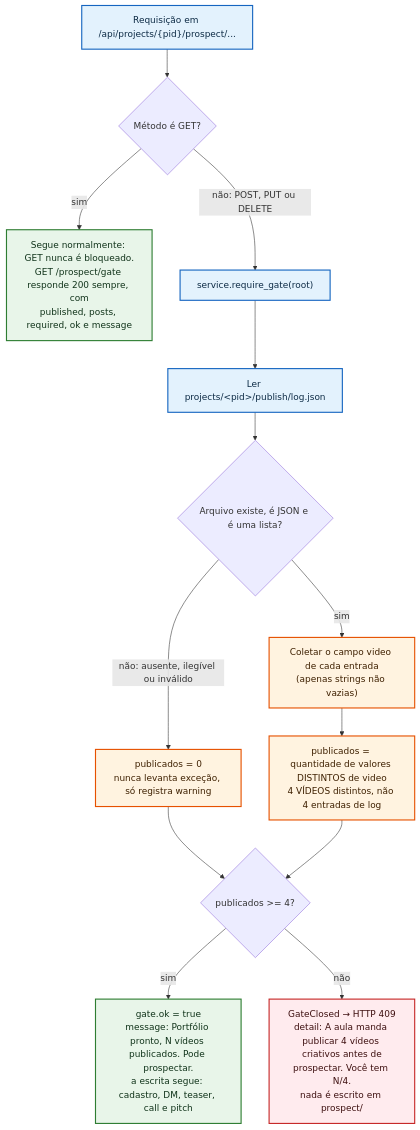
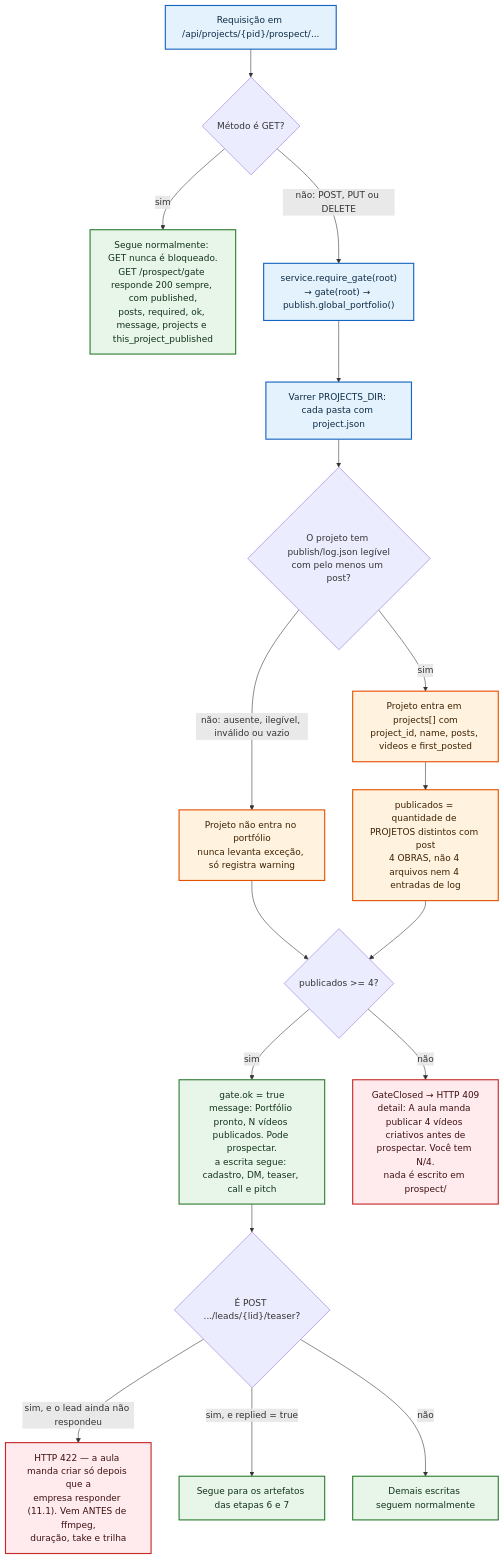
The diagram in docs/domains/prospect/diagrams/mermaid/prospect-gate.mmd (Arthur-Diego/orquestrador-studio), drawn with Mermaid before and after one commit. The commit also changed 10 other files, not shown here.

First line of the commit message:
[OS-019] Docs das etapas 9–11: FDDs, diagramas, Postman e mapping de ADRs

```diff
--- a/docs/domains/prospect/diagrams/mermaid/prospect-gate.mmd
+++ b/docs/domains/prospect/diagrams/mermaid/prospect-gate.mmd
@@ -1,33 +1,43 @@
 %% Etapa 11 (prospect, aula 001) — gate do portfólio: a aula manda publicar 4 vídeos
 %% criativos antes de prospectar.
 %% ---
-%% Fonte de verdade: studio/prospect/service.py (_published_videos, gate, require_gate,
-%% REQUIRED_VIDEOS = 4) e studio/etapas/prospect/router.py (tradução de GateClosed em 409).
+%% Fonte de verdade: studio/prospect/service.py (gate, require_gate, REQUIRED_VIDEOS = 4),
+%% studio/publish/service.py (global_portfolio, posts_at) e studio/etapas/prospect/router.py
+%% (tradução de GateClosed em 409).
 %% ---
-%% ATENÇÃO: o gate conta VÍDEOS DISTINTOS — os valores distintos do campo video em
-%% publish/log.json — e não o número de entradas do log. Republicar o mesmo vídeo em vários
-%% canais não abre o gate. É a decisão 1 do lote da wave 1, já refletida na seção 2 do FDD.
+%% ATENÇÃO (wave 2, ADR-012): o portfólio é GLOBAL e conta PROJETOS DISTINTOS com pelo menos
+%% um post registrado — quatro OBRAS, como a aula 015 pede ("pelo menos quatro vídeos… para
+%% prática, exposição e validação"). Os três formatos do mesmo comercial (16x9, 9x16, 1x1)
+%% contam como 1. Isso substitui a contagem por arquivo dentro do projeto, que deixava a etapa
+%% inutilizável: o projeto criado para o negócio do lead nunca terá quatro vídeos publicados.
+%% Dentro do projeto, a decisão 1 da wave 1 continua valendo (mesmo arquivo em 2 redes = 1
+%% vídeo e 2 posts) — é o campo `videos` de GET /publish/portfolio.
 flowchart TD
     A["Requisição em /api/projects/{pid}/prospect/..."] --> B{"Método é GET?"}
-    B -->|"sim"| GET["Segue normalmente: GET nunca é bloqueado.<br/>GET /prospect/gate responde 200 sempre, com<br/>published, posts, required, ok e message"]
-    B -->|"não: POST, PUT ou DELETE"| C["service.require_gate(root)"]
+    B -->|"sim"| GET["Segue normalmente: GET nunca é bloqueado.<br/>GET /prospect/gate responde 200 sempre, com published,<br/>posts, required, ok, message, projects e this_project_published"]
+    B -->|"não: POST, PUT ou DELETE"| C["service.require_gate(root)<br/>→ gate(root) → publish.global_portfolio()"]
 
-    C --> D["Ler projects/&lt;pid&gt;/publish/log.json"]
-    D --> E{"Arquivo existe, é JSON e é uma lista?"}
-    E -->|"não: ausente, ilegível ou inválido"| Z["publicados = 0<br/>nunca levanta exceção, só registra warning"]
-    E -->|"sim"| F["Coletar o campo video de cada entrada<br/>(apenas strings não vazias)"]
-    F --> H["publicados = quantidade de valores DISTINTOS de video<br/>4 VÍDEOS distintos, não 4 entradas de log"]
+    C --> D["Varrer PROJECTS_DIR: cada pasta com project.json"]
+    D --> E{"O projeto tem publish/log.json legível<br/>com pelo menos um post?"}
+    E -->|"não: ausente, ilegível, inválido ou vazio"| SKIP["Projeto não entra no portfólio<br/>nunca levanta exceção, só registra warning"]
+    E -->|"sim"| F["Projeto entra em projects[] com<br/>project_id, name, posts, videos e first_posted"]
+    F --> H["publicados = quantidade de PROJETOS distintos com post<br/>4 OBRAS, não 4 arquivos nem 4 entradas de log"]
 
-    Z --> I{"publicados &gt;= 4?"}
+    SKIP --> I{"publicados &gt;= 4?"}
     H --> I
     I -->|"sim"| OK["gate.ok = true<br/>message: Portfólio pronto, N vídeos publicados. Pode prospectar.<br/>a escrita segue: cadastro, DM, teaser, call e pitch"]
     I -->|"não"| NOK["GateClosed → HTTP 409<br/>detail: A aula manda publicar 4 vídeos criativos antes de<br/>prospectar. Você tem N/4.<br/>nada é escrito em prospect/"]
+
+    OK --> T{"É POST .../leads/{lid}/teaser?"}
+    T -->|"sim, e o lead ainda não respondeu"| T422["HTTP 422 — a aula manda criar só depois que a<br/>empresa responder (11.1). Vem ANTES de ffmpeg,<br/>duração, take e trilha"]
+    T -->|"sim, e replied = true"| TOK["Segue para os artefatos das etapas 6 e 7"]
+    T -->|"não"| OUTRAS["Demais escritas seguem normalmente"]
 
     classDef passa fill:#e8f5e9,stroke:#2e7d32,stroke-width:2px,color:#10331a
     classDef bloqueia fill:#ffebee,stroke:#c62828,stroke-width:2px,color:#3e1010
     classDef leitura fill:#e3f2fd,stroke:#1565c0,stroke-width:2px,color:#0d2b45
     classDef contagem fill:#fff3e0,stroke:#e65100,stroke-width:2px,color:#3e2000
-    class GET,OK passa
-    class NOK bloqueia
+    class GET,OK,TOK,OUTRAS passa
+    class NOK,T422 bloqueia
     class A,C,D leitura
-    class F,H,Z contagem
+    class F,H,SKIP contagem
```
